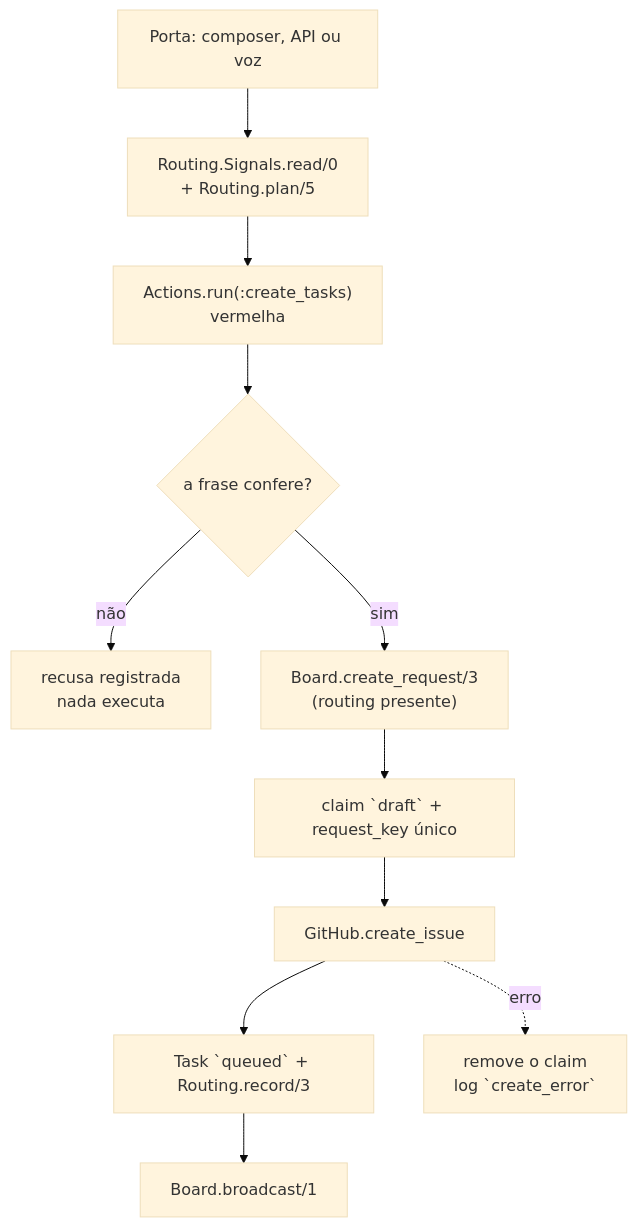
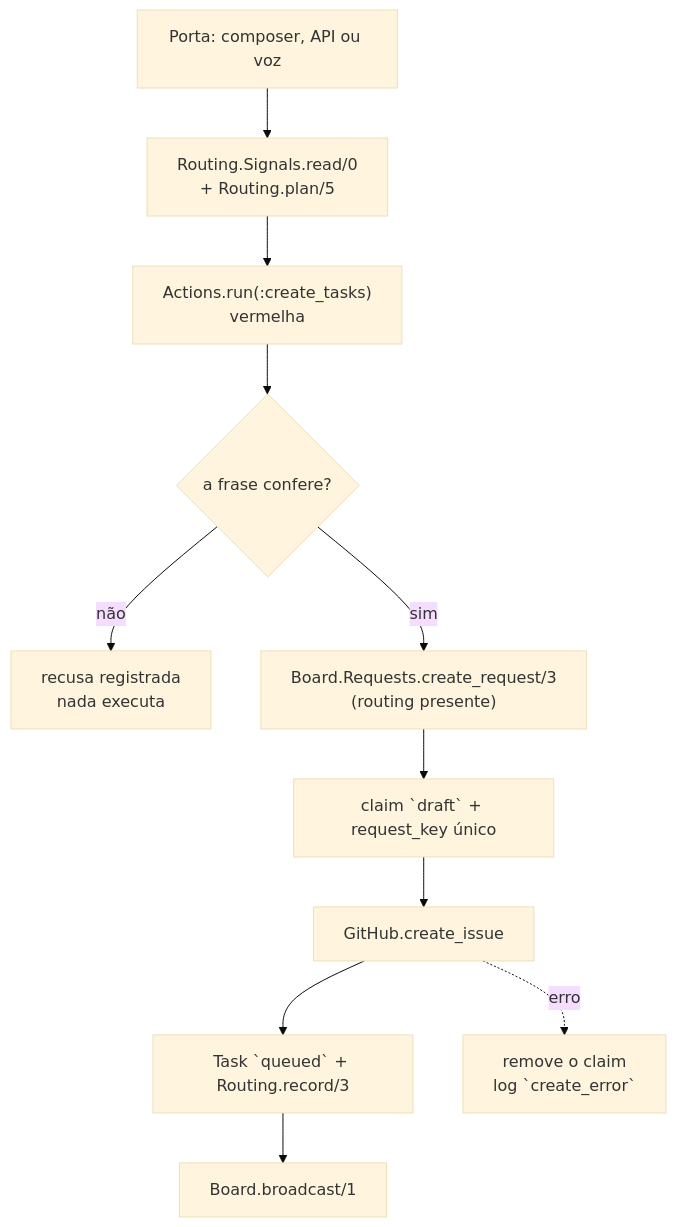
Before and after one commit to sallaumen/dsh-superagent-superboard: the third of 5 diagrams in docs/architecture/README.md, drawn with Mermaid (base theme). The commit also changed other lines of this file and 9 other files, not shown here.

First line of the commit message:
refactor(board): move request creation to Board.Requests

````diff
--- a/docs/architecture/README.md
+++ b/docs/architecture/README.md
@@ -133,13 +133,13 @@
 ```mermaid
 flowchart TD
     A["Porta: composer, API ou voz"] --> B["Routing.Signals.read/0\n+ Routing.plan/5"]
     B --> C["Actions.run(:create_tasks)\nvermelha"]
     C --> D{"a frase confere?"}
     D -- não --> X["recusa registrada\nnada executa"]
-    D -- sim --> E["Board.create_request/3\n(routing presente)"]
+    D -- sim --> E["Board.Requests.create_request/3\n(routing presente)"]
     E --> F["claim `draft` + request_key único"]
     F --> G["GitHub.create_issue"]
     G --> H["Task `queued` + Routing.record/3"]
     H --> I["Board.broadcast/1"]
     G -. erro .-> J["remove o claim\nlog `create_error`"]
 ```
````
